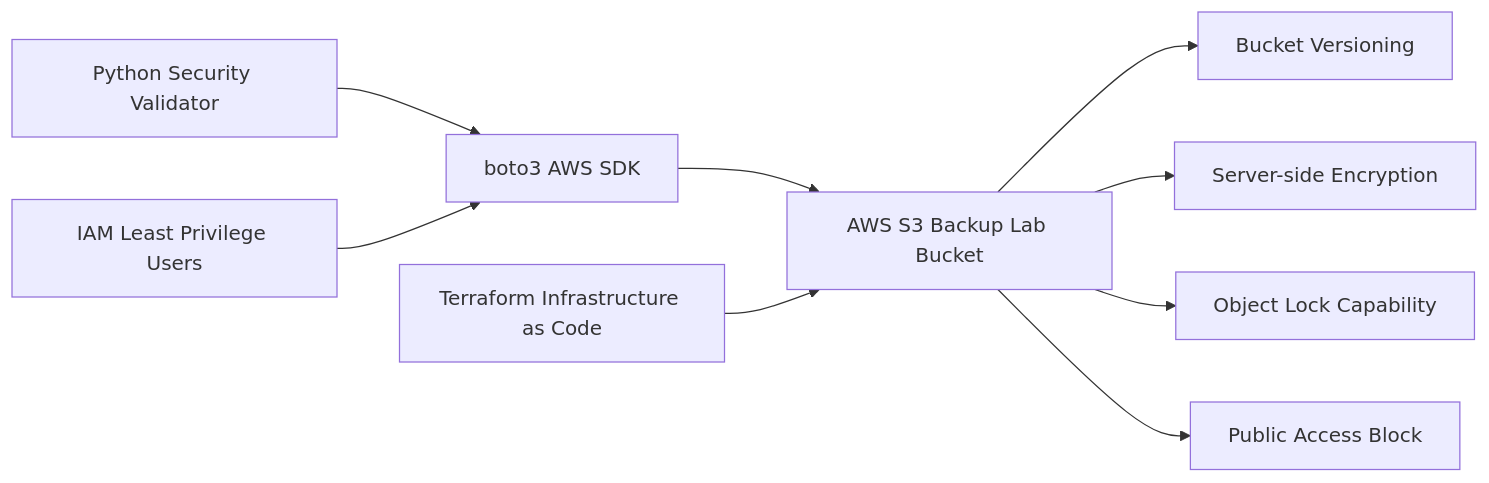
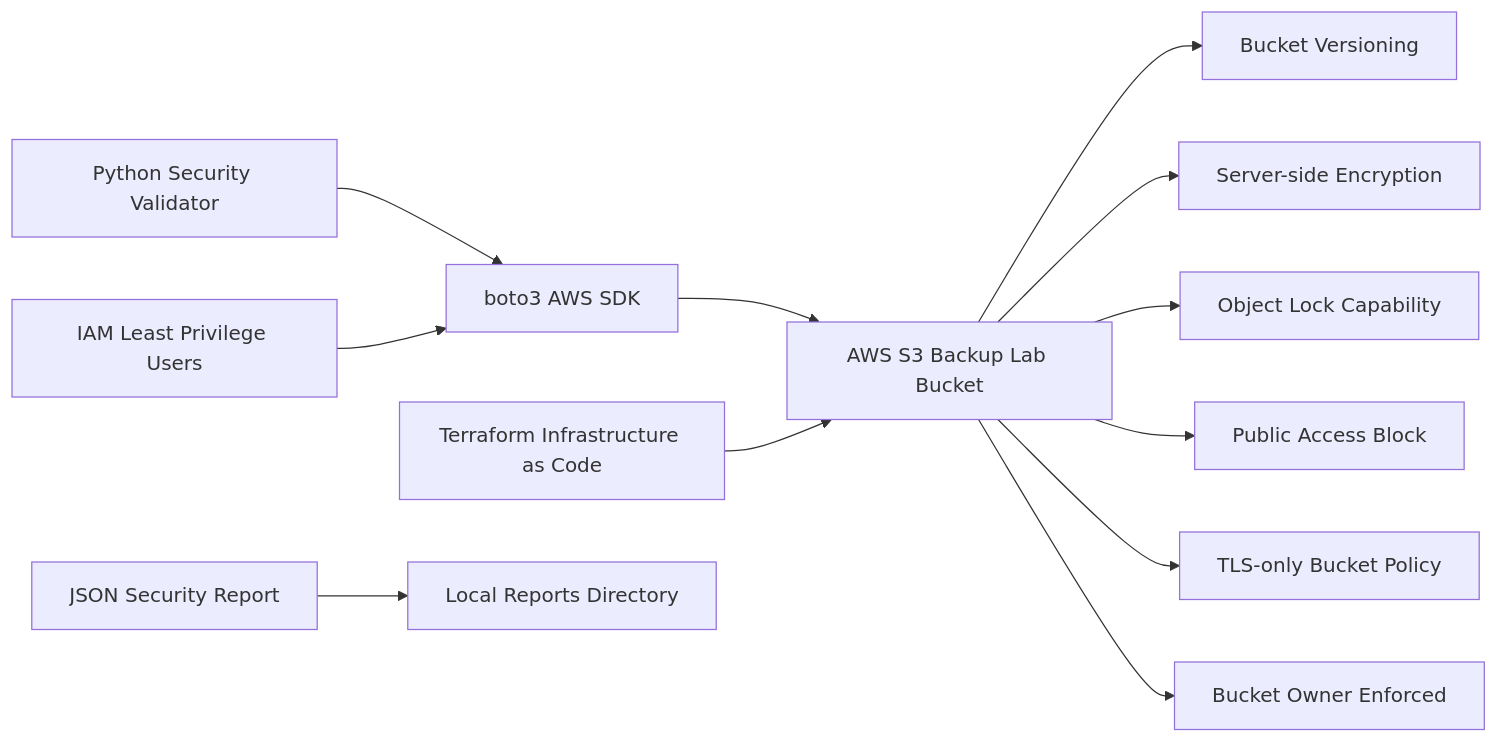
Before and after one commit to tomtomson556/autonomous-cyber-resilience-platform: the diagram in README.md, drawn with Mermaid. The commit also changed other lines of this file, not shown here.

Commit message:
Document Terraform Object Lock security controls

````diff
--- a/README.md
+++ b/README.md
@@ -26,13 +26,16 @@
 ```mermaid
 flowchart LR
     A[Python Security Validator] --> B[boto3 AWS SDK]
     B --> C[AWS S3 Backup Lab Bucket]
 
     C --> D[Bucket Versioning]
     C --> E[Server-side Encryption]
     C --> F[Object Lock Capability]
     C --> G[Public Access Block]
+    C --> K[TLS-only Bucket Policy]
+    C --> L[Bucket Owner Enforced]
 
     H[Terraform Infrastructure as Code] --> C
     I[IAM Least Privilege Users] --> B
+    J[JSON Security Report] --> M[Local Reports Directory]
 ```
````
